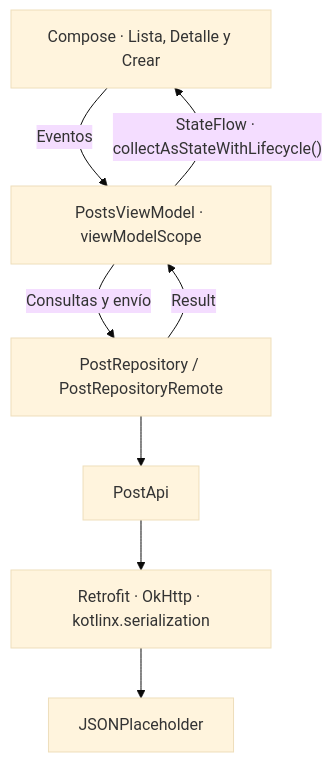
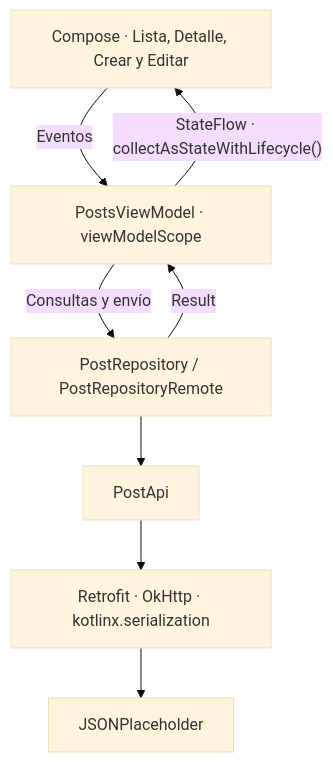
The diagram in Semana09/MuroCampus-ia/README.md (DavilaOGonzalo/MovilesAndroidC), drawn with Mermaid (base theme) before and after one commit. The commit also changed other lines of this file and 4 other files, not shown here.

````diff
--- a/Semana09/MuroCampus-ia/README.md
+++ b/Semana09/MuroCampus-ia/README.md
@@ -42,10 +47,10 @@
 ```mermaid
 flowchart TD
-    View["Compose · Lista, Detalle y Crear"] -->|Eventos| VM["PostsViewModel · viewModelScope"]
+    View["Compose · Lista, Detalle, Crear y Editar"] -->|Eventos| VM["PostsViewModel · viewModelScope"]
     VM -->|Consultas y envío| Repo["PostRepository / PostRepositoryRemote"]
     Repo --> API["PostApi"]
     API --> Net["Retrofit · OkHttp · kotlinx.serialization"]
     Net --> Server["JSONPlaceholder"]
     Repo -->|Result| VM
     VM -->|"StateFlow · collectAsStateWithLifecycle()"| View
 ```
````
